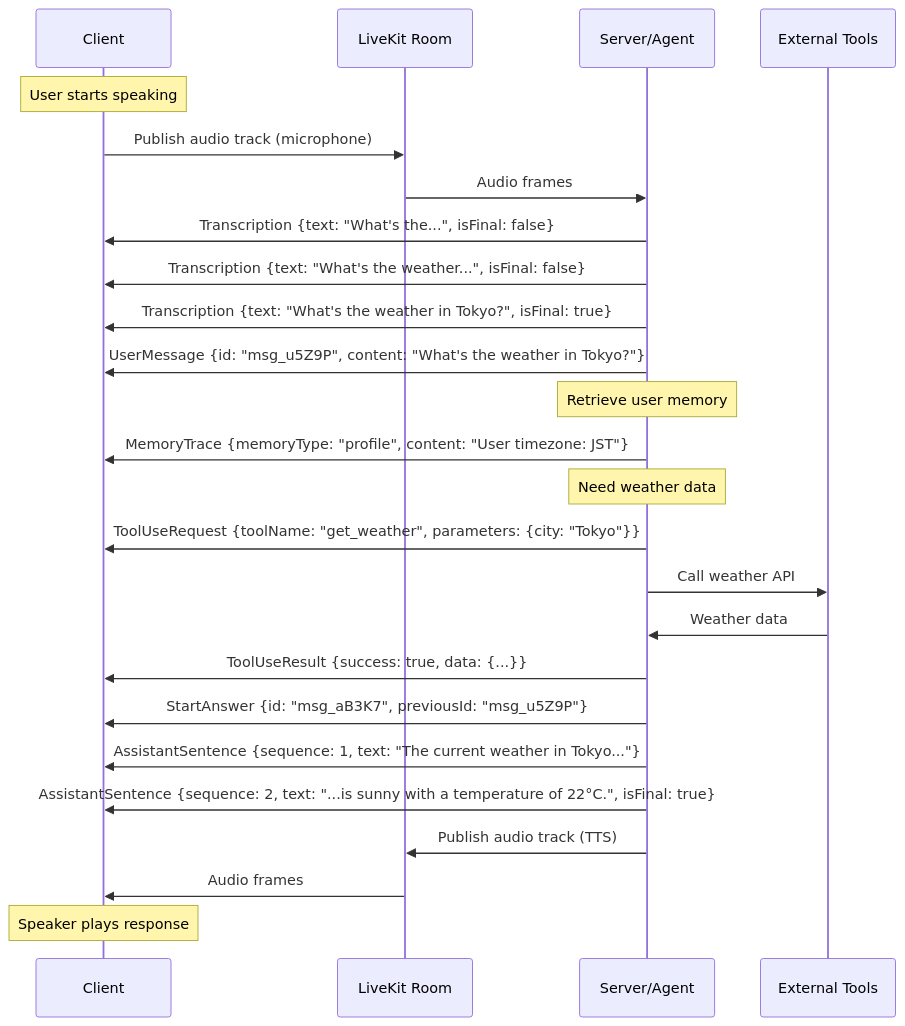
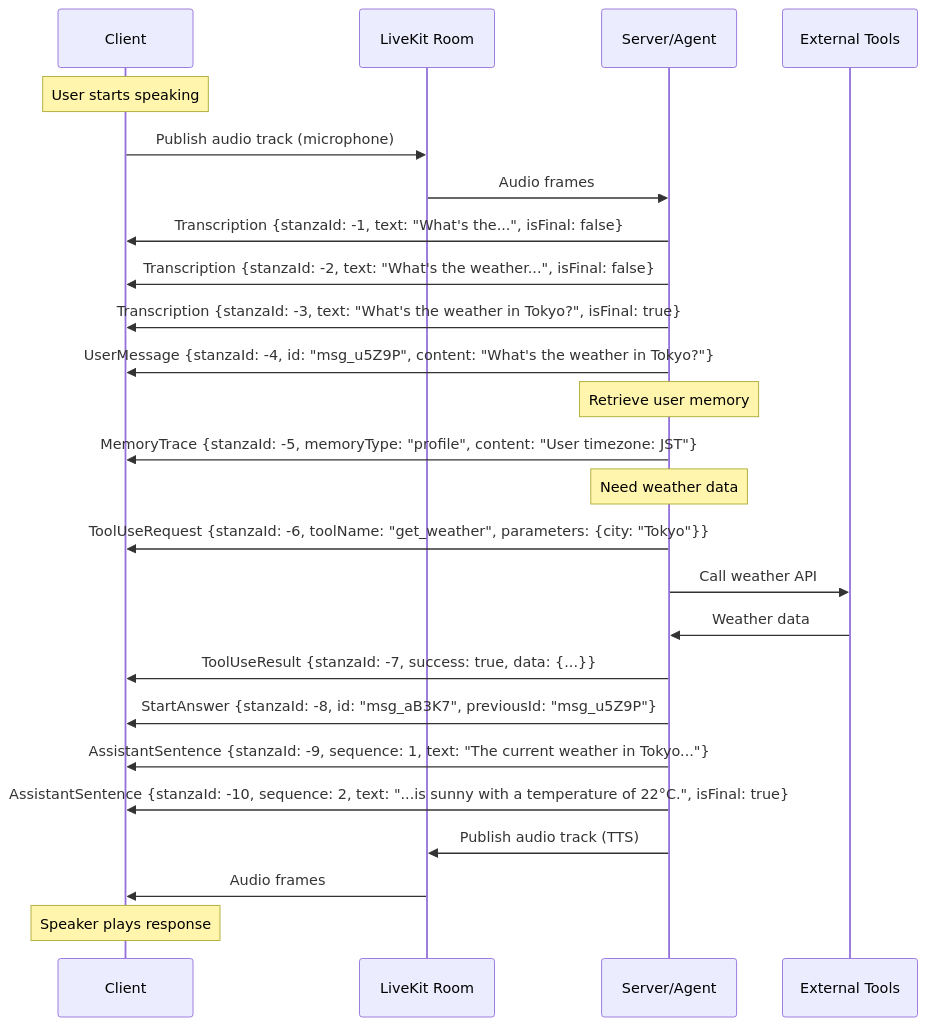
Before and after one commit to longregen/alicia: the second of 6 diagrams in docs/protocol/08-example-sessions.md, drawn with Mermaid. The commit also changed other lines of this file and 429 other files, not shown here.

````diff
--- a/docs/protocol/08-example-sessions.md
+++ b/docs/protocol/08-example-sessions.md
@@ -84,34 +84,34 @@
 ```mermaid
 sequenceDiagram
     participant C as Client
     participant L as LiveKit Room
     participant S as Server/Agent
     participant T as External Tools
 
     Note over C: User starts speaking
     C->>L: Publish audio track (microphone)
     L->>S: Audio frames
 
-    S->>C: Transcription {text: "What's the...", isFinal: false}
-    S->>C: Transcription {text: "What's the weather...", isFinal: false}
-    S->>C: Transcription {text: "What's the weather in Tokyo?", isFinal: true}
+    S->>C: Transcription {stanzaId: -1, text: "What's the...", isFinal: false}
+    S->>C: Transcription {stanzaId: -2, text: "What's the weather...", isFinal: false}
+    S->>C: Transcription {stanzaId: -3, text: "What's the weather in Tokyo?", isFinal: true}
 
-    S->>C: UserMessage {id: "msg_u5Z9P", content: "What's the weather in Tokyo?"}
+    S->>C: UserMessage {stanzaId: -4, id: "msg_u5Z9P", content: "What's the weather in Tokyo?"}
 
     Note over S: Retrieve user memory
-    S->>C: MemoryTrace {memoryType: "profile", content: "User timezone: JST"}
+    S->>C: MemoryTrace {stanzaId: -5, memoryType: "profile", content: "User timezone: JST"}
 
     Note over S: Need weather data
-    S->>C: ToolUseRequest {toolName: "get_weather", parameters: {city: "Tokyo"}}
+    S->>C: ToolUseRequest {stanzaId: -6, toolName: "get_weather", parameters: {city: "Tokyo"}}
     S->>T: Call weather API
     T->>S: Weather data
-    S->>C: ToolUseResult {success: true, data: {...}}
+    S->>C: ToolUseResult {stanzaId: -7, success: true, data: {...}}
 
-    S->>C: StartAnswer {id: "msg_aB3K7", previousId: "msg_u5Z9P"}
-    S->>C: AssistantSentence {sequence: 1, text: "The current weather in Tokyo..."}
-    S->>C: AssistantSentence {sequence: 2, text: "...is sunny with a temperature of 22°C.", isFinal: true}
+    S->>C: StartAnswer {stanzaId: -8, id: "msg_aB3K7", previousId: "msg_u5Z9P"}
+    S->>C: AssistantSentence {stanzaId: -9, sequence: 1, text: "The current weather in Tokyo..."}
+    S->>C: AssistantSentence {stanzaId: -10, sequence: 2, text: "...is sunny with a temperature of 22°C.", isFinal: true}
 
     S->>L: Publish audio track (TTS)
     L->>C: Audio frames
     Note over C: Speaker plays response
 ```
````
